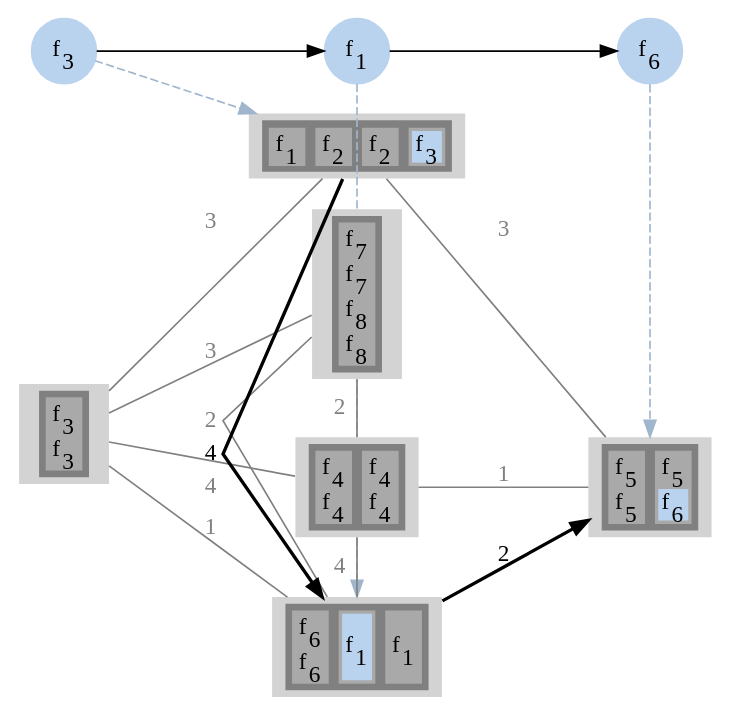
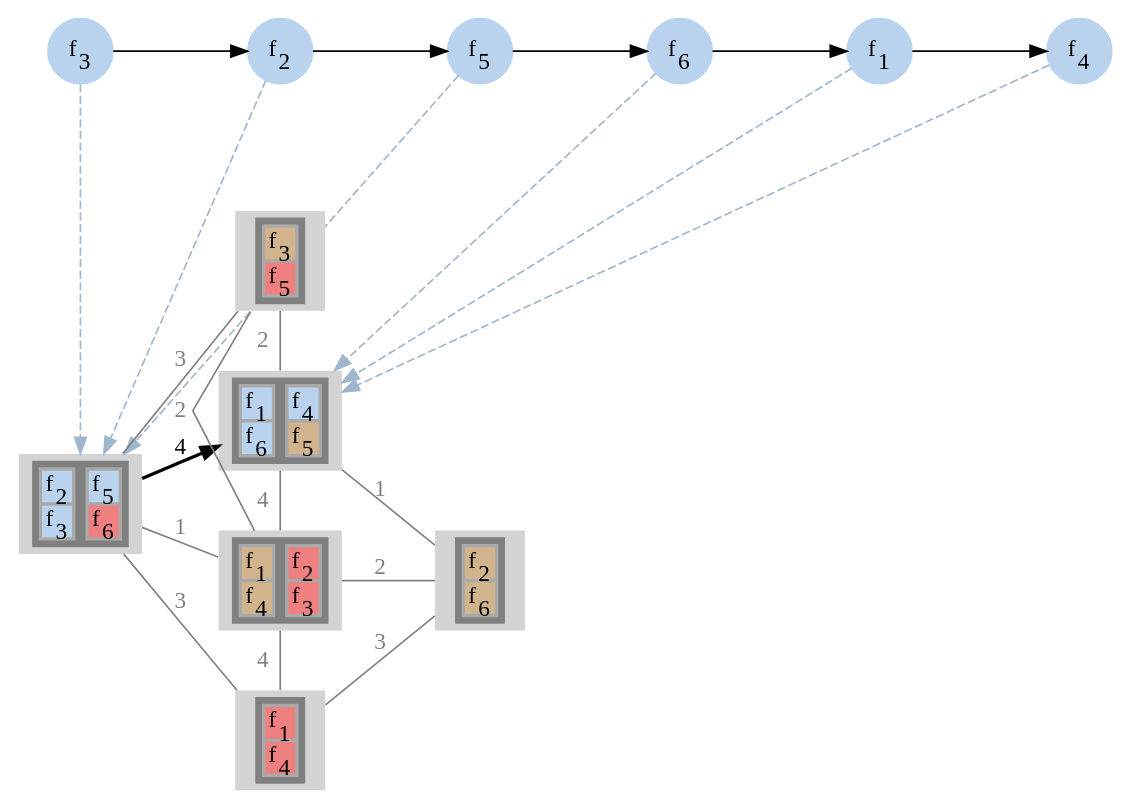
The diagram in output/mainSample1/gv/sfcAssgn1.gv (prateekshyap/SFC_Placement_in_VNF), drawn with Graphviz before and after one commit. The commit also changed 54 other files, not shown here.

```diff
--- a/output/mainSample1/gv/sfcAssgn1.gv
+++ b/output/mainSample1/gv/sfcAssgn1.gv
@@ -6,13 +6,22 @@
 {
 node [shape=circle]
 {rank = same; f3; };
+{rank = same; f2; };
+{rank = same; f5; };
+{rank = same; f6; };
 {rank = same; f1; };
-{rank = same; f6; };
+{rank = same; f4; };
 f3[style=filled label=<f<SUB>3</SUB>> color="slategray2"]
+f2[style=filled label=<f<SUB>2</SUB>> color="slategray2"]
+f5[style=filled label=<f<SUB>5</SUB>> color="slategray2"]
+f6[style=filled label=<f<SUB>6</SUB>> color="slategray2"]
 f1[style=filled label=<f<SUB>1</SUB>> color="slategray2"]
-f6[style=filled label=<f<SUB>6</SUB>> color="slategray2"]
-f3 -> f1
-f1 -> f6
+f4[style=filled label=<f<SUB>4</SUB>> color="slategray2"]
+f3 -> f2
+f2 -> f5
+f5 -> f6
+f6 -> f1
+f1 -> f4
 }
 subgraph network
 {
@@ -20,28 +29,128 @@
 {rank = same; 1; };
 {rank = same; 2; 3; 5; 6; };
 {rank = same; 4; };
-6[style=filled
+1[style=filled
 label=<
 <TABLE BORDER="0" BGCOLOR="gray">
 <TR>
 <TD>
 <TABLE BORDER="0" BGCOLOR="darkgray">
-<TR><TD PORT="f3" BGCOLOR="darkgray">f<SUB>1</SUB></TD></TR>
+<TR><TD PORT="f4" BGCOLOR="slategray2">f<SUB>2</SUB></TD></TR>
+<TR><TD PORT="f7" BGCOLOR="slategray2">f<SUB>3</SUB></TD></TR>
 </TABLE>
 </TD>
 <TD>
 <TABLE BORDER="0" BGCOLOR="darkgray">
-<TR><TD PORT="f4" BGCOLOR="darkgray">f<SUB>2</SUB></TD></TR>
+<TR><TD PORT="f13" BGCOLOR="slategray2">f<SUB>5</SUB></TD></TR>
+<TR><TD PORT="f18" BGCOLOR="lightcoral">f<SUB>6</SUB></TD></TR>
+</TABLE>
+</TD>
+</TR>
+</TABLE>>]
+
+1[style=filled
+label=<
+<TABLE BORDER="0" BGCOLOR="gray">
+<TR>
+<TD>
+<TABLE BORDER="0" BGCOLOR="darkgray">
+<TR><TD PORT="f4" BGCOLOR="slategray2">f<SUB>2</SUB></TD></TR>
+<TR><TD PORT="f7" BGCOLOR="slategray2">f<SUB>3</SUB></TD></TR>
 </TABLE>
 </TD>
 <TD>
 <TABLE BORDER="0" BGCOLOR="darkgray">
-<TR><TD PORT="f5" BGCOLOR="darkgray">f<SUB>2</SUB></TD></TR>
+<TR><TD PORT="f13" BGCOLOR="slategray2">f<SUB>5</SUB></TD></TR>
+<TR><TD PORT="f18" BGCOLOR="lightcoral">f<SUB>6</SUB></TD></TR>
+</TABLE>
+</TD>
+</TR>
+</TABLE>>]
+
+1[style=filled
+label=<
+<TABLE BORDER="0" BGCOLOR="gray">
+<TR>
+<TD>
+<TABLE BORDER="0" BGCOLOR="darkgray">
+<TR><TD PORT="f4" BGCOLOR="slategray2">f<SUB>2</SUB></TD></TR>
+<TR><TD PORT="f7" BGCOLOR="slategray2">f<SUB>3</SUB></TD></TR>
 </TABLE>
 </TD>
 <TD>
 <TABLE BORDER="0" BGCOLOR="darkgray">
-<TR><TD PORT="f6" BGCOLOR="slategray2">f<SUB>3</SUB></TD></TR>
+<TR><TD PORT="f13" BGCOLOR="slategray2">f<SUB>5</SUB></TD></TR>
+<TR><TD PORT="f18" BGCOLOR="lightcoral">f<SUB>6</SUB></TD></TR>
+</TABLE>
+</TD>
+</TR>
+</TABLE>>]
+
+3[style=filled
+label=<
+<TABLE BORDER="0" BGCOLOR="gray">
+<TR>
+<TD>
+<TABLE BORDER="0" BGCOLOR="darkgray">
+<TR><TD PORT="f1" BGCOLOR="slategray2">f<SUB>1</SUB></TD></TR>
+<TR><TD PORT="f16" BGCOLOR="slategray2">f<SUB>6</SUB></TD></TR>
+</TABLE>
+</TD>
+<TD>
+<TABLE BORDER="0" BGCOLOR="darkgray">
+<TR><TD PORT="f10" BGCOLOR="slategray2">f<SUB>4</SUB></TD></TR>
+<TR><TD PORT="f14" BGCOLOR="tan">f<SUB>5</SUB></TD></TR>
+</TABLE>
+</TD>
+</TR>
+</TABLE>>]
+
+3[style=filled
+label=<
+<TABLE BORDER="0" BGCOLOR="gray">
+<TR>
+<TD>
+<TABLE BORDER="0" BGCOLOR="darkgray">
+<TR><TD PORT="f1" BGCOLOR="slategray2">f<SUB>1</SUB></TD></TR>
+<TR><TD PORT="f16" BGCOLOR="slategray2">f<SUB>6</SUB></TD></TR>
+</TABLE>
+</TD>
+<TD>
+<TABLE BORDER="0" BGCOLOR="darkgray">
+<TR><TD PORT="f10" BGCOLOR="slategray2">f<SUB>4</SUB></TD></TR>
+<TR><TD PORT="f14" BGCOLOR="tan">f<SUB>5</SUB></TD></TR>
+</TABLE>
+</TD>
+</TR>
+</TABLE>>]
+
+3[style=filled
+label=<
+<TABLE BORDER="0" BGCOLOR="gray">
+<TR>
+<TD>
+<TABLE BORDER="0" BGCOLOR="darkgray">
+<TR><TD PORT="f1" BGCOLOR="slategray2">f<SUB>1</SUB></TD></TR>
+<TR><TD PORT="f16" BGCOLOR="slategray2">f<SUB>6</SUB></TD></TR>
+</TABLE>
+</TD>
+<TD>
+<TABLE BORDER="0" BGCOLOR="darkgray">
+<TR><TD PORT="f10" BGCOLOR="slategray2">f<SUB>4</SUB></TD></TR>
+<TR><TD PORT="f14" BGCOLOR="tan">f<SUB>5</SUB></TD></TR>
+</TABLE>
+</TD>
+</TR>
+</TABLE>>]
+
+2[style=filled
+label=<
+<TABLE BORDER="0" BGCOLOR="gray">
+<TR>
+<TD>
+<TABLE BORDER="0" BGCOLOR="darkgray">
+<TR><TD PORT="f8" BGCOLOR="tan">f<SUB>3</SUB></TD></TR>
+<TR><TD PORT="f15" BGCOLOR="lightcoral">f<SUB>5</SUB></TD></TR>
 </TABLE>
 </TD>
 </TR>
@@ -53,41 +162,27 @@
 <TR>
 <TD>
 <TABLE BORDER="0" BGCOLOR="darkgray">
-<TR><TD PORT="f17" BGCOLOR="darkgray">f<SUB>6</SUB></TD></TR>
-<TR><TD PORT="f18" BGCOLOR="darkgray">f<SUB>6</SUB></TD></TR>
+<TR><TD PORT="f2" BGCOLOR="tan">f<SUB>1</SUB></TD></TR>
+<TR><TD PORT="f11" BGCOLOR="tan">f<SUB>4</SUB></TD></TR>
 </TABLE>
 </TD>
 <TD>
 <TABLE BORDER="0" BGCOLOR="darkgray">
-<TR><TD PORT="f1" BGCOLOR="slategray2">f<SUB>1</SUB></TD></TR>
-</TABLE>
-</TD>
-<TD>
-<TABLE BORDER="0" BGCOLOR="darkgray">
-<TR><TD PORT="f2" BGCOLOR="darkgray">f<SUB>1</SUB></TD></TR>
+<TR><TD PORT="f6" BGCOLOR="lightcoral">f<SUB>2</SUB></TD></TR>
+<TR><TD PORT="f9" BGCOLOR="lightcoral">f<SUB>3</SUB></TD></TR>
 </TABLE>
 </TD>
 </TR>
 </TABLE>>]
 
-5[style=filled
+6[style=filled
 label=<
 <TABLE BORDER="0" BGCOLOR="gray">
 <TR>
 <TD>
 <TABLE BORDER="0" BGCOLOR="darkgray">
-<TR><TD PORT="f17" BGCOLOR="darkgray">f<SUB>6</SUB></TD></TR>
-<TR><TD PORT="f18" BGCOLOR="darkgray">f<SUB>6</SUB></TD></TR>
-</TABLE>
-</TD>
-<TD>
-<TABLE BORDER="0" BGCOLOR="darkgray">
-<TR><TD PORT="f1" BGCOLOR="slategray2">f<SUB>1</SUB></TD></TR>
-</TABLE>
-</TD>
-<TD>
-<TABLE BORDER="0" BGCOLOR="darkgray">
-<TR><TD PORT="f2" BGCOLOR="darkgray">f<SUB>1</SUB></TD></TR>
+<TR><TD PORT="f3" BGCOLOR="lightcoral">f<SUB>1</SUB></TD></TR>
+<TR><TD PORT="f12" BGCOLOR="lightcoral">f<SUB>4</SUB></TD></TR>
 </TABLE>
 </TD>
 </TR>
@@ -99,80 +194,30 @@
 <TR>
 <TD>
 <TABLE BORDER="0" BGCOLOR="darkgray">
-<TR><TD PORT="f13" BGCOLOR="darkgray">f<SUB>5</SUB></TD></TR>
-<TR><TD PORT="f14" BGCOLOR="darkgray">f<SUB>5</SUB></TD></TR>
-</TABLE>
-</TD>
-<TD>
-<TABLE BORDER="0" BGCOLOR="darkgray">
-<TR><TD PORT="f15" BGCOLOR="darkgray">f<SUB>5</SUB></TD></TR>
-<TR><TD PORT="f16" BGCOLOR="slategray2">f<SUB>6</SUB></TD></TR>
+<TR><TD PORT="f5" BGCOLOR="tan">f<SUB>2</SUB></TD></TR>
+<TR><TD PORT="f17" BGCOLOR="tan">f<SUB>6</SUB></TD></TR>
 </TABLE>
 </TD>
 </TR>
 </TABLE>>]
 
-1[style=filled
-label=<
-<TABLE BORDER="0" BGCOLOR="gray">
-<TR>
-<TD>
-<TABLE BORDER="0" BGCOLOR="darkgray">
-<TR><TD PORT="f7" BGCOLOR="darkgray">f<SUB>3</SUB></TD></TR>
-<TR><TD PORT="f8" BGCOLOR="darkgray">f<SUB>3</SUB></TD></TR>
-</TABLE>
-</TD>
-</TR>
-</TABLE>>]
-
-2[style=filled
-label=<
-<TABLE BORDER="0" BGCOLOR="gray">
-<TR>
-<TD>
-<TABLE BORDER="0" BGCOLOR="darkgray">
-<TR><TD PORT="f19" BGCOLOR="darkgray">f<SUB>7</SUB></TD></TR>
-<TR><TD PORT="f20" BGCOLOR="darkgray">f<SUB>7</SUB></TD></TR>
-<TR><TD PORT="f21" BGCOLOR="darkgray">f<SUB>8</SUB></TD></TR>
-<TR><TD PORT="f22" BGCOLOR="darkgray">f<SUB>8</SUB></TD></TR>
-</TABLE>
-</TD>
-</TR>
-</TABLE>>]
-
-3[style=filled
-label=<
-<TABLE BORDER="0" BGCOLOR="gray">
-<TR>
-<TD>
-<TABLE BORDER="0" BGCOLOR="darkgray">
-<TR><TD PORT="f9" BGCOLOR="darkgray">f<SUB>4</SUB></TD></TR>
-<TR><TD PORT="f10" BGCOLOR="darkgray">f<SUB>4</SUB></TD></TR>
-</TABLE>
-</TD>
-<TD>
-<TABLE BORDER="0" BGCOLOR="darkgray">
-<TR><TD PORT="f11" BGCOLOR="darkgray">f<SUB>4</SUB></TD></TR>
-<TR><TD PORT="f12" BGCOLOR="darkgray">f<SUB>4</SUB></TD></TR>
-</TABLE>
-</TD>
-</TR>
-</TABLE>>]
-
-6 -> 5[label="4" color="black" penwidth=2]
-5 -> 4[label="2" color="black" penwidth=2]
+1 -> 3[label="4" color="black" penwidth=2]
 1 -> 2[label="3" color="gray" fontcolor="gray" dir = none]
-1 -> 3[label="4" color="gray" fontcolor="gray" dir = none]
 1 -> 5[label="1" color="gray" fontcolor="gray" dir = none]
 1 -> 6[label="3" color="gray" fontcolor="gray" dir = none]
 2 -> 3[label="2" color="gray" fontcolor="gray" dir = none]
 2 -> 5[label="2" color="gray" fontcolor="gray" dir = none]
 3 -> 4[label="1" color="gray" fontcolor="gray" dir = none]
 3 -> 5[label="4" color="gray" fontcolor="gray" dir = none]
+4 -> 5[label="2" color="gray" fontcolor="gray" dir = none]
 4 -> 6[label="3" color="gray" fontcolor="gray" dir = none]
+5 -> 6[label="4" color="gray" fontcolor="gray" dir = none]
 }
 splines=false
-f3 -> 6[color="slategray3" style=dashed constraint=false]
-f1 -> 5[color="slategray3" style=dashed constraint=false]
-f6 -> 4[color="slategray3" style=dashed constraint=false]
+f3 -> 1[color="slategray3" style=dashed constraint=false]
+f2 -> 1[color="slategray3" style=dashed constraint=false]
+f5 -> 1[color="slategray3" style=dashed constraint=false]
+f6 -> 3[color="slategray3" style=dashed constraint=false]
+f1 -> 3[color="slategray3" style=dashed constraint=false]
+f4 -> 3[color="slategray3" style=dashed constraint=false]
 }
```
